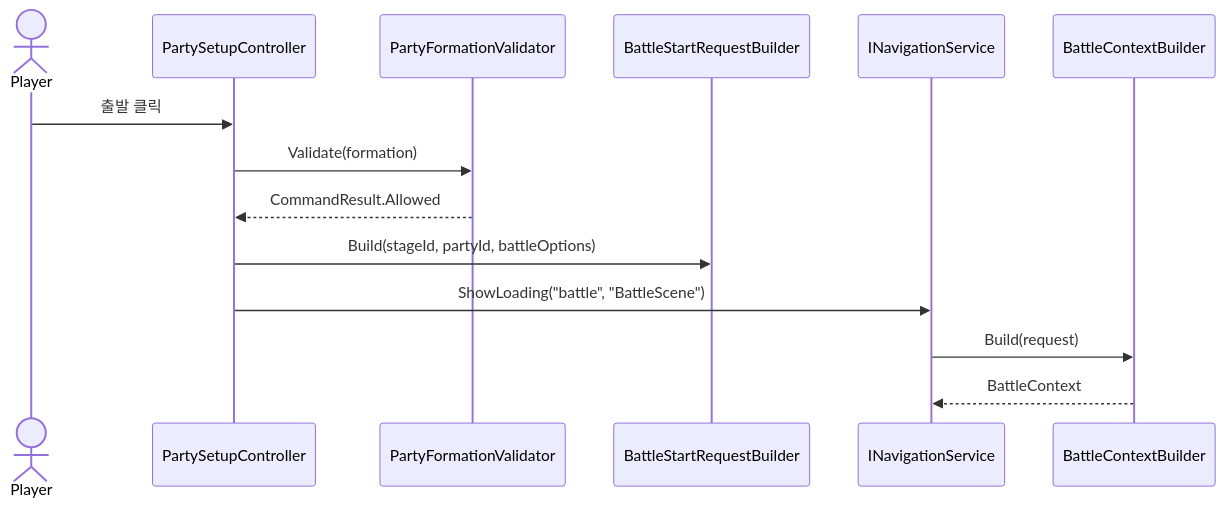
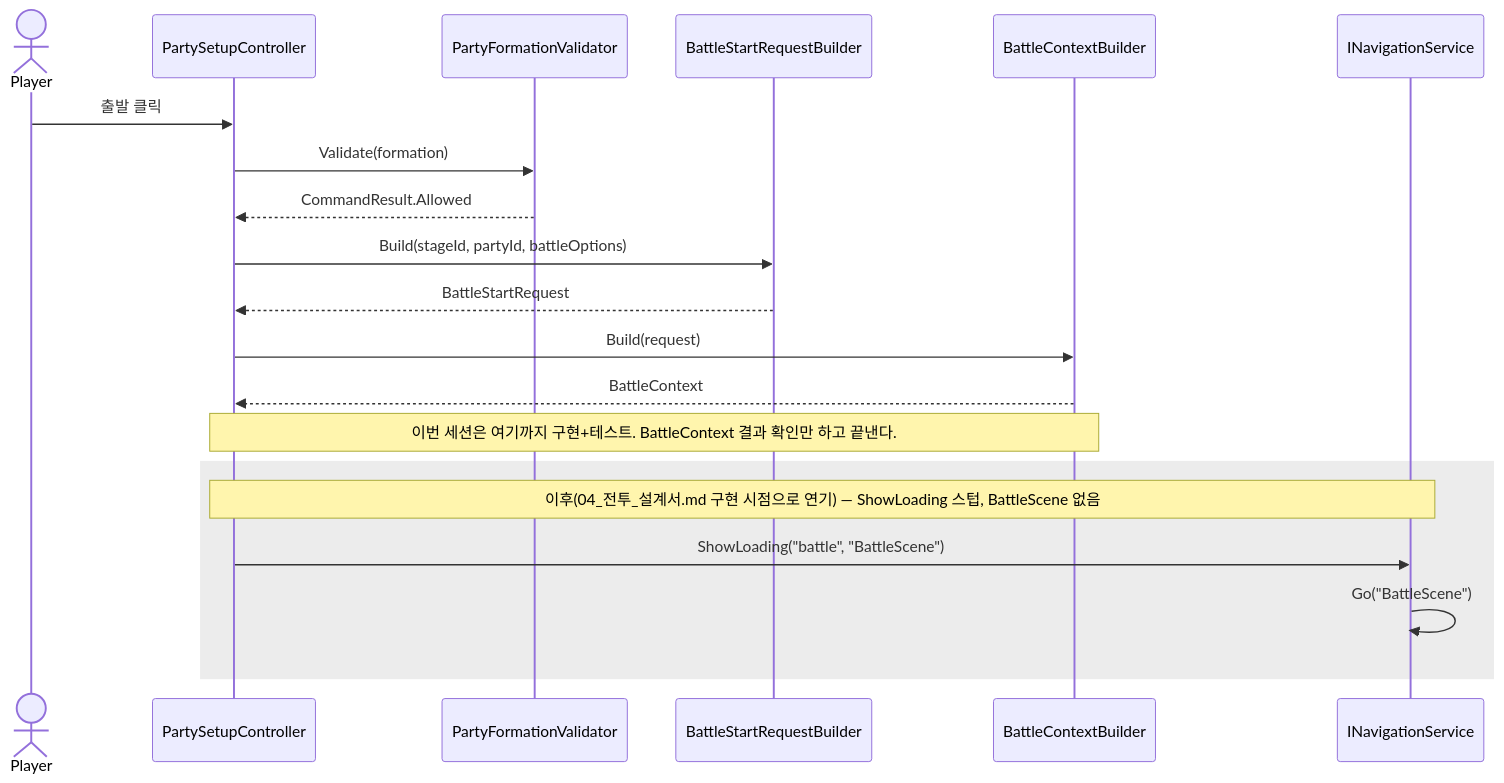
Before and after one commit to ccommit/Trickcal_Revive: the third of 3 diagrams in docs/설계문서/03_파티편성_설계서.md, drawn with Mermaid. The commit also changed other lines of this file and 78 other files, not shown here.

````diff
--- a/docs/설계문서/03_파티편성_설계서.md
+++ b/docs/설계문서/03_파티편성_설계서.md
@@ -135,17 +148,23 @@
 ```mermaid
 sequenceDiagram
     actor Player
     participant Party as PartySetupController
     participant Validator as PartyFormationValidator
     participant ReqBuilder as BattleStartRequestBuilder
+    participant CtxBuilder as BattleContextBuilder
     participant Nav as INavigationService
-    participant CtxBuilder as BattleContextBuilder
 
     Player->>Party: 출발 클릭
     Party->>Validator: Validate(formation)
     Validator-->>Party: CommandResult.Allowed
     Party->>ReqBuilder: Build(stageId, partyId, battleOptions)
-    Party->>Nav: ShowLoading("battle", "BattleScene")
-    Nav->>CtxBuilder: Build(request)
-    CtxBuilder-->>Nav: BattleContext
+    ReqBuilder-->>Party: BattleStartRequest
+    Party->>CtxBuilder: Build(request)
+    CtxBuilder-->>Party: BattleContext
+    Note over Party,CtxBuilder: 이번 세션은 여기까지 구현+테스트. BattleContext 결과 확인만 하고 끝낸다.
+    rect rgba(128,128,128,0.15)
+        Note over Party,Nav: 이후(04_전투_설계서.md 구현 시점으로 연기) — ShowLoading 스텁, BattleScene 없음
+        Party->>Nav: ShowLoading("battle", "BattleScene")
+        Nav->>Nav: Go("BattleScene")
+    end
 ```
````
